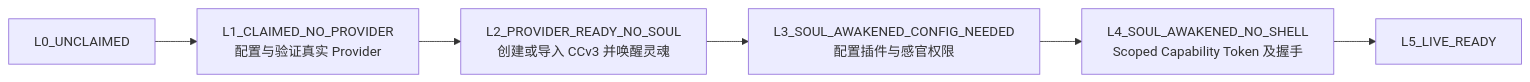
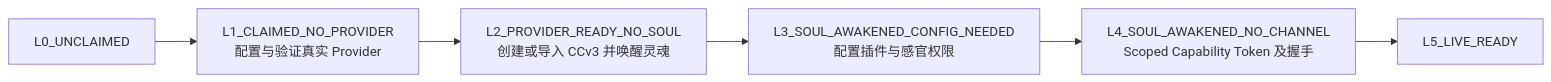
The diagram in docs/vision/04-blindspots-priorities-and-mvp-slice.md (reina0721/ai0), drawn with Mermaid before and after one commit. The commit also changed other lines of this file and 212 other files, not shown here.

````diff
--- a/docs/vision/04-blindspots-priorities-and-mvp-slice.md
+++ b/docs/vision/04-blindspots-priorities-and-mvp-slice.md
@@ -115,8 +115,8 @@
 ```mermaid
 flowchart LR
     L0["L0_UNCLAIMED"] --> L1["L1_CLAIMED_NO_PROVIDER<br/>配置与验证真实 Provider"]
     L1 --> L2["L2_PROVIDER_READY_NO_SOUL<br/>创建或导入 CCv3 并唤醒灵魂"]
     L2 --> L3["L3_SOUL_AWAKENED_CONFIG_NEEDED<br/>配置插件与感官权限"]
-    L3 --> L4["L4_SOUL_AWAKENED_NO_SHELL<br/>Scoped Capability Token 及握手"]
+    L3 --> L4["L4_SOUL_AWAKENED_NO_CHANNEL<br/>Scoped Capability Token 及握手"]
     L4 --> L5["L5_LIVE_READY"]
 ```
````
